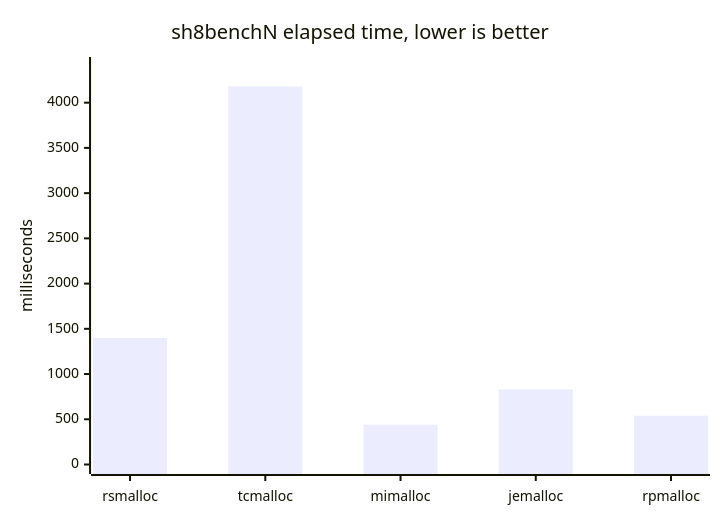
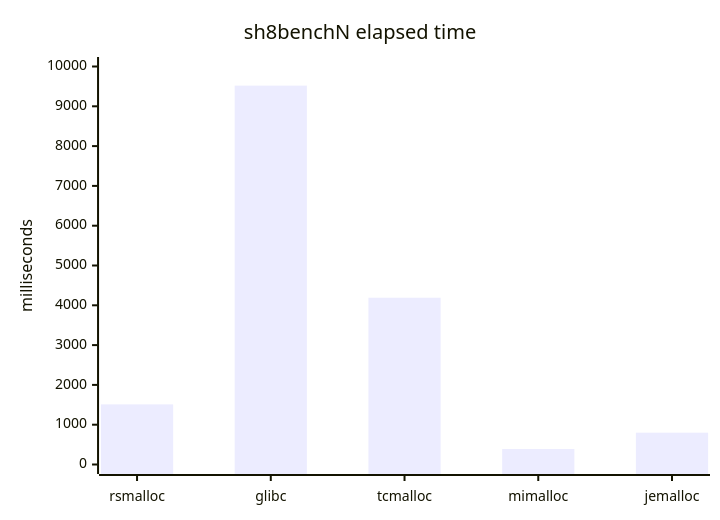
The seventh of 8 diagrams in benchmarks/benchmarks.md (Metehan120/rsmalloc), drawn with Mermaid before and after one commit. The commit also changed other lines of this file and 13 other files, not shown here.

````diff
--- a/benchmarks/benchmarks.md
+++ b/benchmarks/benchmarks.md
@@ -164,7 +134,7 @@
 ```mermaid
 xychart-beta
-    title "sh8benchN elapsed time, lower is better"
-    x-axis [rsmalloc, tcmalloc, mimalloc, jemalloc, rpmalloc]
-    y-axis "milliseconds" 0 --> 4400
-    bar [1400, 4180, 440, 830, 540]
+    title "sh8benchN elapsed time"
+    x-axis [rsmalloc, glibc, tcmalloc, mimalloc, jemalloc]
+    y-axis "milliseconds" 0 --> 10000
+    bar [1510, 9520, 4190, 390, 800]
 ```
````
